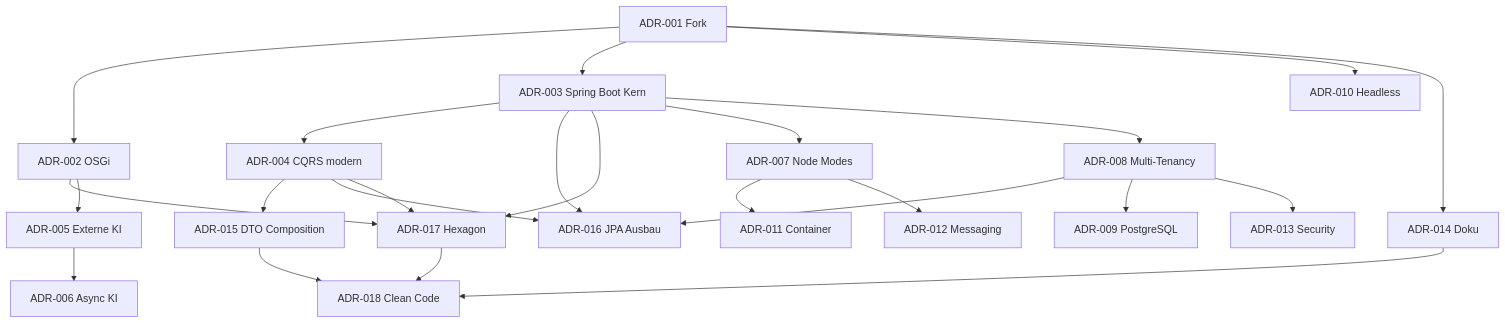
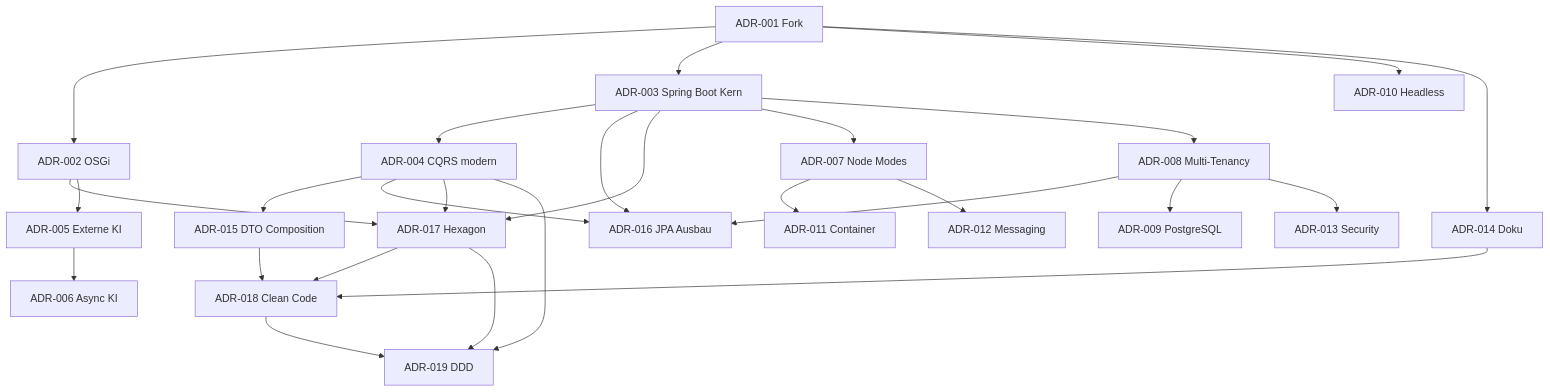
The diagram in docs/arc42/08_design_decisions.md (RainerMaxWallscheid/fineract-osgi), drawn with Mermaid before and after one commit. The commit also changed other lines of this file and 9 other files, not shown here.

````diff
--- a/docs/arc42/08_design_decisions.md
+++ b/docs/arc42/08_design_decisions.md
@@ -45,26 +46,29 @@
 ```mermaid
 flowchart TB
     ADR001[ADR-001 Fork] --> ADR002[ADR-002 OSGi]
     ADR001 --> ADR003[ADR-003 Spring Boot Kern]
     ADR003 --> ADR004[ADR-004 CQRS modern]
     ADR004 --> ADR015[ADR-015 DTO Composition]
     ADR003 --> ADR016[ADR-016 JPA Ausbau]
     ADR004 --> ADR016
     ADR008 --> ADR016
     ADR003 --> ADR017[ADR-017 Hexagon]
     ADR002 --> ADR017
     ADR004 --> ADR017
     ADR017 --> ADR018[ADR-018 Clean Code]
     ADR015 --> ADR018
     ADR014 --> ADR018
+    ADR004 --> ADR019[ADR-019 DDD]
+    ADR017 --> ADR019
+    ADR018 --> ADR019
     ADR002 --> ADR005[ADR-005 Externe KI]
     ADR005 --> ADR006[ADR-006 Async KI]
     ADR003 --> ADR007[ADR-007 Node Modes]
     ADR003 --> ADR008[ADR-008 Multi-Tenancy]
     ADR008 --> ADR009[ADR-009 PostgreSQL]
     ADR001 --> ADR010[ADR-010 Headless]
     ADR007 --> ADR011[ADR-011 Container]
     ADR007 --> ADR012[ADR-012 Messaging]
     ADR008 --> ADR013[ADR-013 Security]
     ADR001 --> ADR014[ADR-014 Doku]
 ```
````
